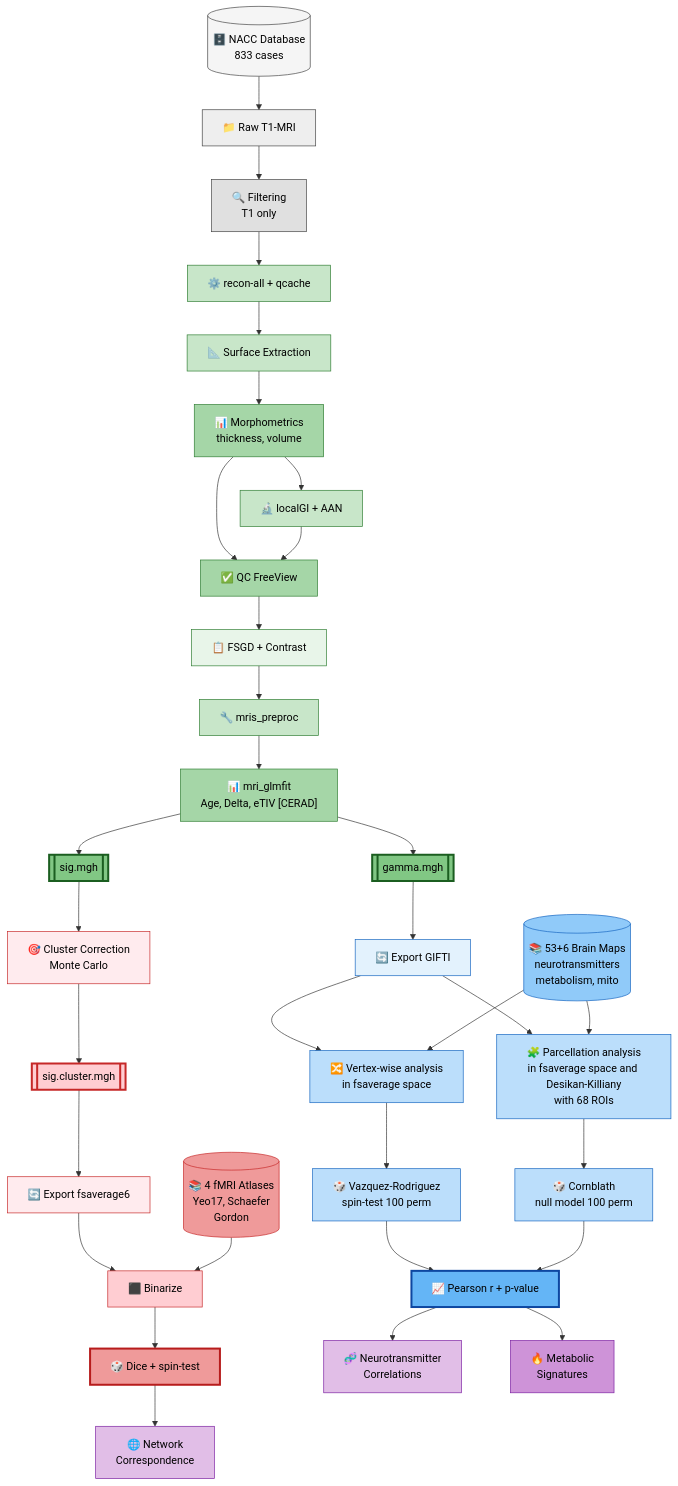
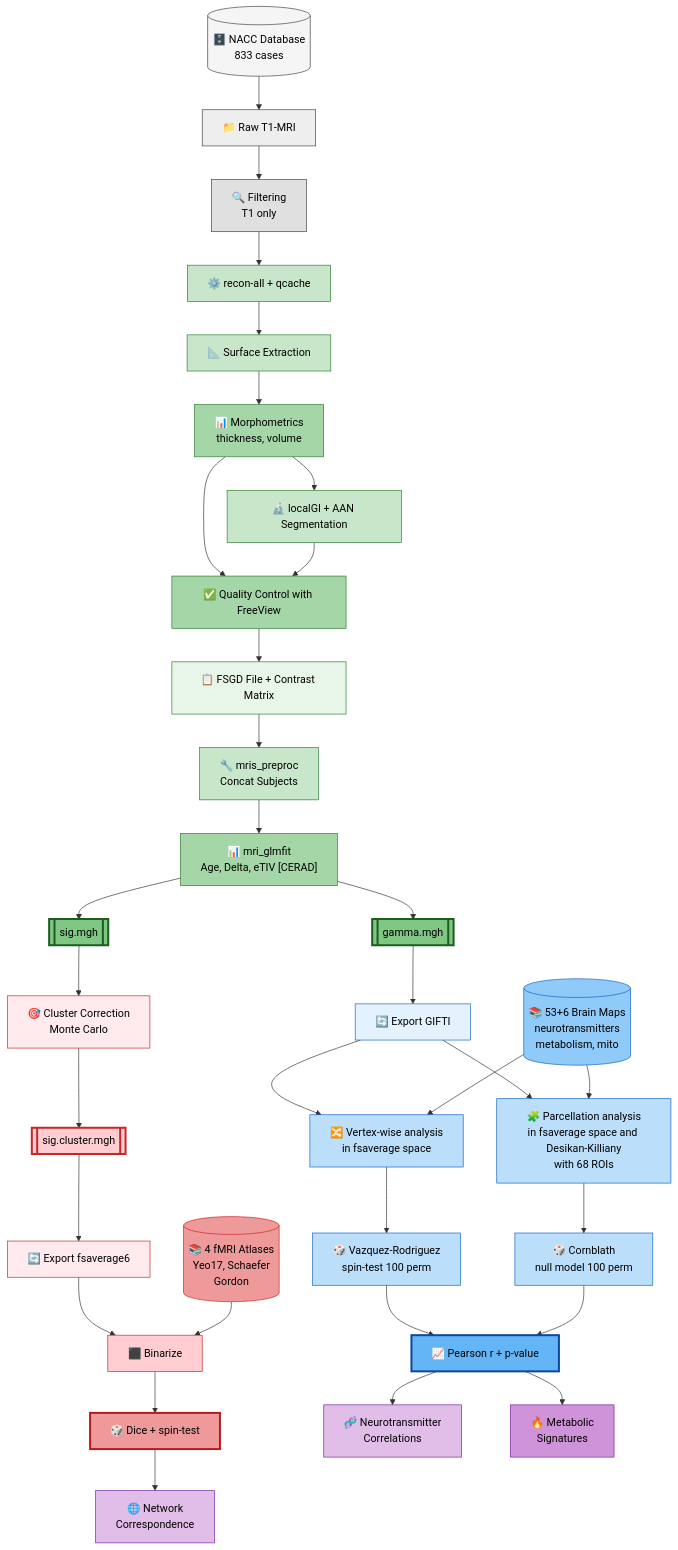
One commit to luisAraujo11/Thesis changed the diagram in README.md. Above: the diagram before and after it, drawn with Mermaid.

Commit message:
Final MD

````diff
--- a/README.md
+++ b/README.md
@@ -16,82 +16,82 @@
 ```mermaid
 flowchart TD
     %% DATA INPUT
     A1[("🗄️ NACC Database<br/>833 cases")] --> A2["📁 Raw T1-MRI"] --> A3["🔍 Filtering<br/>T1 only"]
     
     %% FREESURFER
     A3 --> B1["⚙️ recon-all + qcache"]
     B1 --> B2["📐 Surface Extraction"] --> B3["📊 Morphometrics<br/>thickness, volume"]
-    B3 --> B4["🔬 localGI + AAN"]
-    B3 --> B5["✅ QC FreeView"]
+    B3 --> B4["🔬 localGI + AAN Segmentation"]
+    B3 --> B5["✅ Quality Control with FreeView"]
     B4 --> B5
     
     %% GROUP ANALYSIS
-    B5 --> C1["📋 FSGD + Contrast"]
-    C1 --> C2["🔧 mris_preproc"] --> C3["📊 mri_glmfit<br/>Age, Delta, eTIV [CERAD]"]
+    B5 --> C1["📋 FSGD File + Contrast Matrix"]
+    C1 --> C2["🔧 mris_preproc<br/>Concat Subjects"] --> C3["📊 mri_glmfit<br/>Age, Delta, eTIV [CERAD]"]
     C3 --> C4[["gamma.mgh"]]
     C3 --> C5[["sig.mgh"]]
     
     %% NEUROMAPS BRANCH - TWO PATHS
     C4 --> D1["🔄 Export GIFTI"]
     
     %% Vertex-wise path
     D1 --> D2a["🔀 Vertex-wise analysis<br/> in fsaverage space"]
     D3[("📚 53+6 Brain Maps<br/>neurotransmitters<br/>metabolism, mito")] --> D2a
     D2a --> D4a["🎲 Vazquez-Rodriguez<br/>spin-test 100 perm"]
     
     %% Parcellated path
     D1 --> D2b["🧩 Parcellation analysis<br/>in fsaverage space and Desikan-Killiany<br/>with 68 ROIs"]
     D3 --> D2b
     D2b --> D4b["🎲 Cornblath<br/>null model 100 perm"]
     
     %% Merge results
     D4a --> D5["📈 Pearson r + p-value"]
     D4b --> D5
     
     %% NCT BRANCH
     C5 --> E1["🎯 Cluster Correction<br/>Monte Carlo"] --> E2[["sig.cluster.mgh"]]
     E2 --> E3["🔄 Export fsaverage6"] --> E4["⬛ Binarize"]
     E5[("📚 4 fMRI Atlases<br/>Yeo17, Schaefer<br/>Gordon")] --> E4
     E4 --> E6["🎲 Dice + spin-test"]
     
     %% RESULTS
     D5 --> F1["🧬 Neurotransmitter<br/>Correlations"]
     D5 --> F2["🔥 Metabolic<br/>Signatures"]
     E6 --> F3["🌐 Network<br/>Correspondence"]
     
     %% STYLING
     style A1 fill:#f5f5f5,stroke:#424242,color:#000
     style A2 fill:#eeeeee,stroke:#424242,color:#000
     style A3 fill:#e0e0e0,stroke:#424242,color:#000
     
     style B1 fill:#c8e6c9,stroke:#2e7d32,color:#000
     style B2 fill:#c8e6c9,stroke:#2e7d32,color:#000
     style B3 fill:#a5d6a7,stroke:#2e7d32,color:#000
     style B4 fill:#c8e6c9,stroke:#2e7d32,color:#000
     style B5 fill:#a5d6a7,stroke:#2e7d32,color:#000
     
     style C1 fill:#e8f5e9,stroke:#2e7d32,color:#000
     style C2 fill:#c8e6c9,stroke:#2e7d32,color:#000
     style C3 fill:#a5d6a7,stroke:#2e7d32,color:#000
     style C4 fill:#81c784,stroke:#1b5e20,color:#000,stroke-width:3px
     style C5 fill:#81c784,stroke:#1b5e20,color:#000,stroke-width:3px
     
     style D1 fill:#e3f2fd,stroke:#1565c0,color:#000
     style D2a fill:#bbdefb,stroke:#1565c0,color:#000
     style D2b fill:#bbdefb,stroke:#1565c0,color:#000
     style D3 fill:#90caf9,stroke:#1565c0,color:#000
     style D4a fill:#bbdefb,stroke:#1565c0,color:#000
     style D4b fill:#bbdefb,stroke:#1565c0,color:#000
     style D5 fill:#64b5f6,stroke:#0d47a1,color:#000,stroke-width:3px
     
     style E1 fill:#ffebee,stroke:#c62828,color:#000
     style E2 fill:#ffcdd2,stroke:#c62828,color:#000,stroke-width:3px
     style E3 fill:#ffebee,stroke:#c62828,color:#000
     style E4 fill:#ffcdd2,stroke:#c62828,color:#000
     style E5 fill:#ef9a9a,stroke:#c62828,color:#000
     style E6 fill:#ef9a9a,stroke:#b71c1c,color:#000,stroke-width:3px
     
     style F1 fill:#e1bee7,stroke:#7b1fa2,color:#000
     style F2 fill:#ce93d8,stroke:#7b1fa2,color:#000
     style F3 fill:#e1bee7,stroke:#7b1fa2,color:#000
 ```
````
